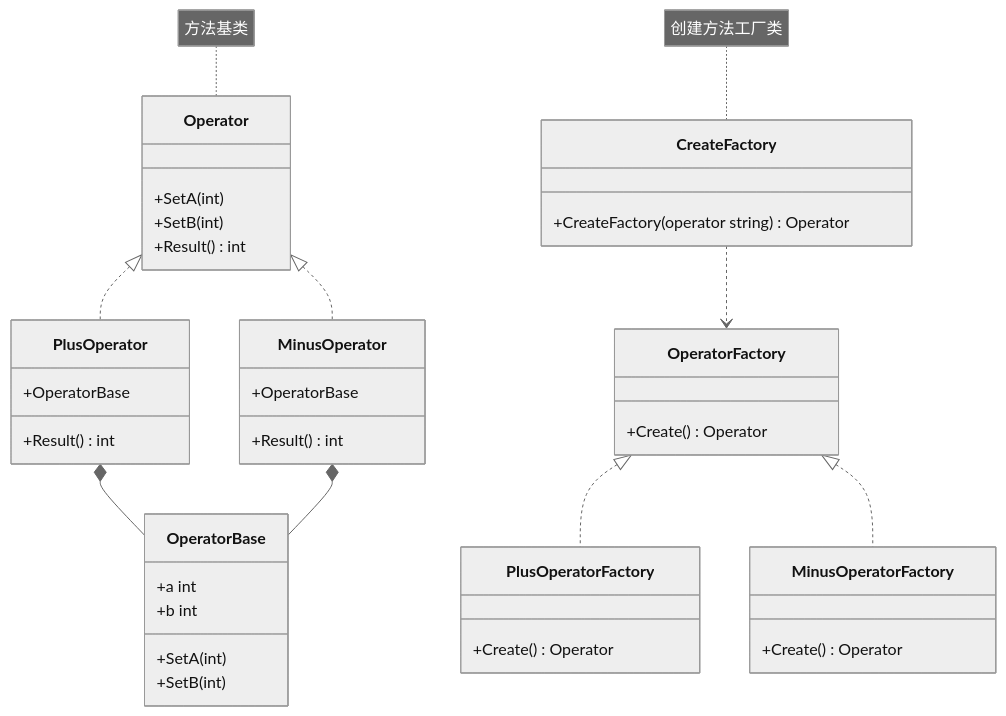
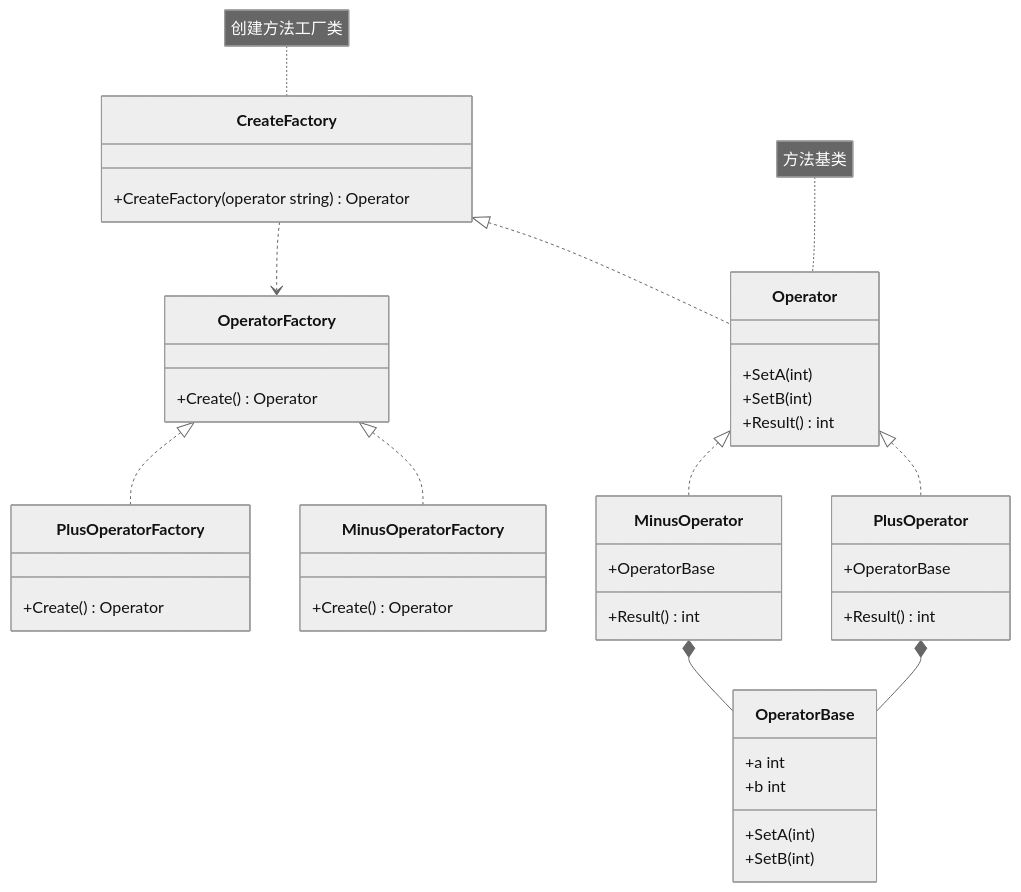
The diagram in PersonalGrowth/CS/DesignPattern/01FactoryMethod.md (RichXan/xblog), drawn with Mermaid (neutral theme) before and after one commit.

Commit message:
feat(docs): update Factory Method documentation with class diagram enhancements

````diff
--- a/PersonalGrowth/CS/DesignPattern/01FactoryMethod.md
+++ b/PersonalGrowth/CS/DesignPattern/01FactoryMethod.md
@@ -103,44 +103,45 @@
 ```mermaid
 classDiagram
 	note for Operator "方法基类"
 	note for CreateFactory "创建方法工厂类"	
 	OperatorFactory <|.. PlusOperatorFactory
 	OperatorFactory <|.. MinusOperatorFactory
+	CreateFactory <|.. Operator
 	Operator <|.. PlusOperator
 	Operator <|.. MinusOperator
 	PlusOperator *-- OperatorBase
 	MinusOperator *-- OperatorBase
 	CreateFactory ..> OperatorFactory
 
 	class Operator {
 		+SetA(int)
 		+SetB(int)
 		+Result() int
 	}
 	class OperatorBase {
 		+a int
 		+b int
 		+SetA(int)
 		+SetB(int)
 	}
 	class PlusOperator {
 		+OperatorBase
 		+Result() int
 	}
 	class MinusOperator {
 		+OperatorBase
 		+Result() int
 	}
 	class OperatorFactory {
 		+Create() Operator
 	}
 	class PlusOperatorFactory {
 		+Create() Operator
 	}
 	class MinusOperatorFactory {
 		+Create() Operator
 	}
 	class CreateFactory {
 		+CreateFactory(operator string) Operator
 	}
 ```
````
